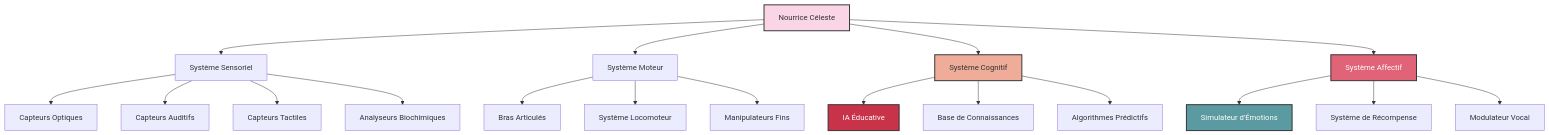
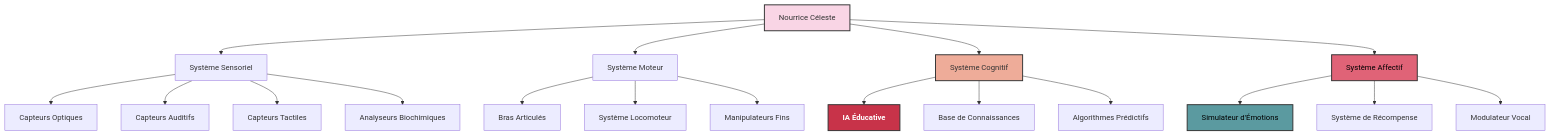
One commit to olivierlevy/Livres changed the seventh of 17 diagrams in Les Successeurs/Les Successeurs v5.md. Above: the diagram before and after it, drawn with Mermaid. The commit also changed other lines of this file, not shown here.

Commit message:
améliore le contraste des diagrammes

````diff
--- a/Les Successeurs/Les Successeurs v5.md
+++ b/Les Successeurs/Les Successeurs v5.md
@@ -337,25 +337,25 @@
 ```mermaid
 graph TD
     A[Nourrice Céleste] --> B[Système Sensoriel]
     A --> C[Système Moteur]
     A --> D[Système Cognitif]
     A --> E[Système Affectif]
     B --> F[Capteurs Optiques]
     B --> G[Capteurs Auditifs]
     B --> H[Capteurs Tactiles]
     B --> I[Analyseurs Biochimiques]
     C --> J[Bras Articulés]
     C --> K[Système Locomoteur]
     C --> L[Manipulateurs Fins]
     D --> M[IA Éducative]
     D --> N[Base de Connaissances]
     D --> O[Algorithmes Prédictifs]
     E --> P[Simulateur d'Émotions]
     E --> Q[Système de Récompense]
     E --> R[Modulateur Vocal]
     style A fill:#f9d5e5,stroke:#333,stroke-width:2px,color:#333
     style D fill:#eeac99,stroke:#333,stroke-width:2px,color:#333
-    style E fill:#e06377,stroke:#333,stroke-width:2px,color:#fff
-    style M fill:#c83349,stroke:#333,stroke-width:2px,color:#fff
-    style P fill:#5b9aa0,stroke:#333,stroke-width:2px,color:#fff
+    style E fill:#e06377,stroke:#333,stroke-width:2px,color:#000
+    style M fill:#c83349,stroke:#333,stroke-width:2px,color:#fff,font-weight:bold
+    style P fill:#5b9aa0,stroke:#333,stroke-width:2px,color:#000
 ```
````
